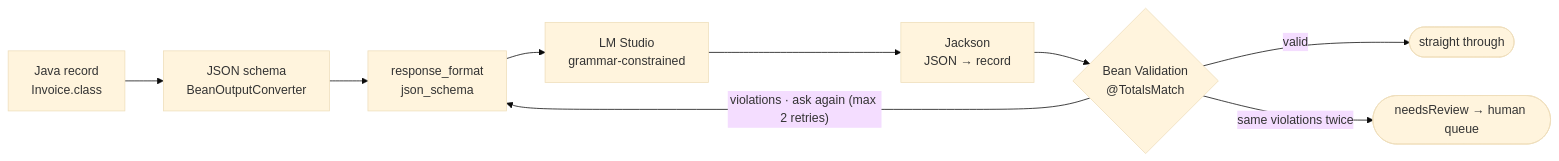
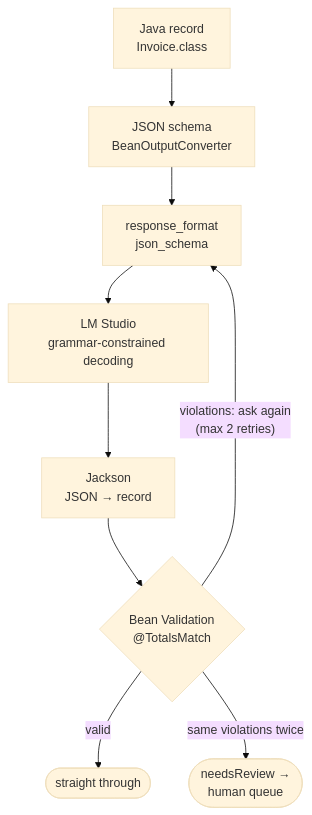
Before and after one commit to VimalKmr250/ai-concepts-demo: the tenth of 12 diagrams in docs/CONCEPTS.md, drawn with Mermaid (base theme). The commit also changed other lines of this file and 1 other file, not shown here.

First line of the commit message:
Make Mermaid diagrams readable on GitHub

````diff
--- a/docs/CONCEPTS.md
+++ b/docs/CONCEPTS.md
@@ -346,7 +348,7 @@
 ```mermaid
-flowchart LR
-    R["Java record<br/>Invoice.class"] --> S["JSON schema<br/>BeanOutputConverter"] --> RF["response_format<br/>json_schema"] --> D["LM Studio<br/>grammar-constrained"] --> J["Jackson<br/>JSON → record"] --> V{"Bean Validation<br/>@TotalsMatch"}
-    V -- valid --> OK(["straight through"])
-    V -- "violations · ask again (max 2 retries)" --> RF
-    V -- "same violations twice" --> NR(["needsReview → human queue"])
+flowchart TB
+  R["Java record<br/>Invoice.class"] --> S["JSON schema<br/>BeanOutputConverter"] --> RF["response_format<br/>json_schema"] --> D["LM Studio<br/>grammar-constrained decoding"] --> J["Jackson<br/>JSON → record"] --> V{"Bean Validation<br/>@TotalsMatch"}
+  V -- valid --> OK(["straight through"])
+  V -- "violations: ask again<br/>(max 2 retries)" --> RF
+  V -- "same violations twice" --> NR(["needsReview →<br/>human queue"])
 ```
````
